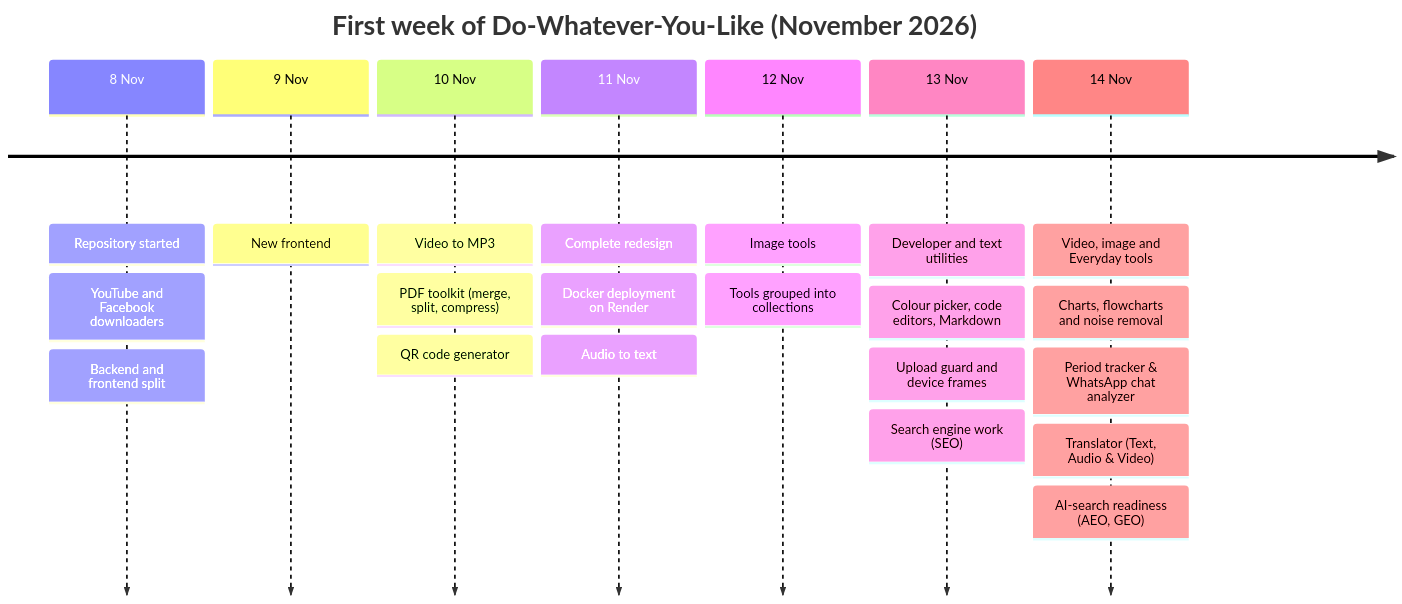
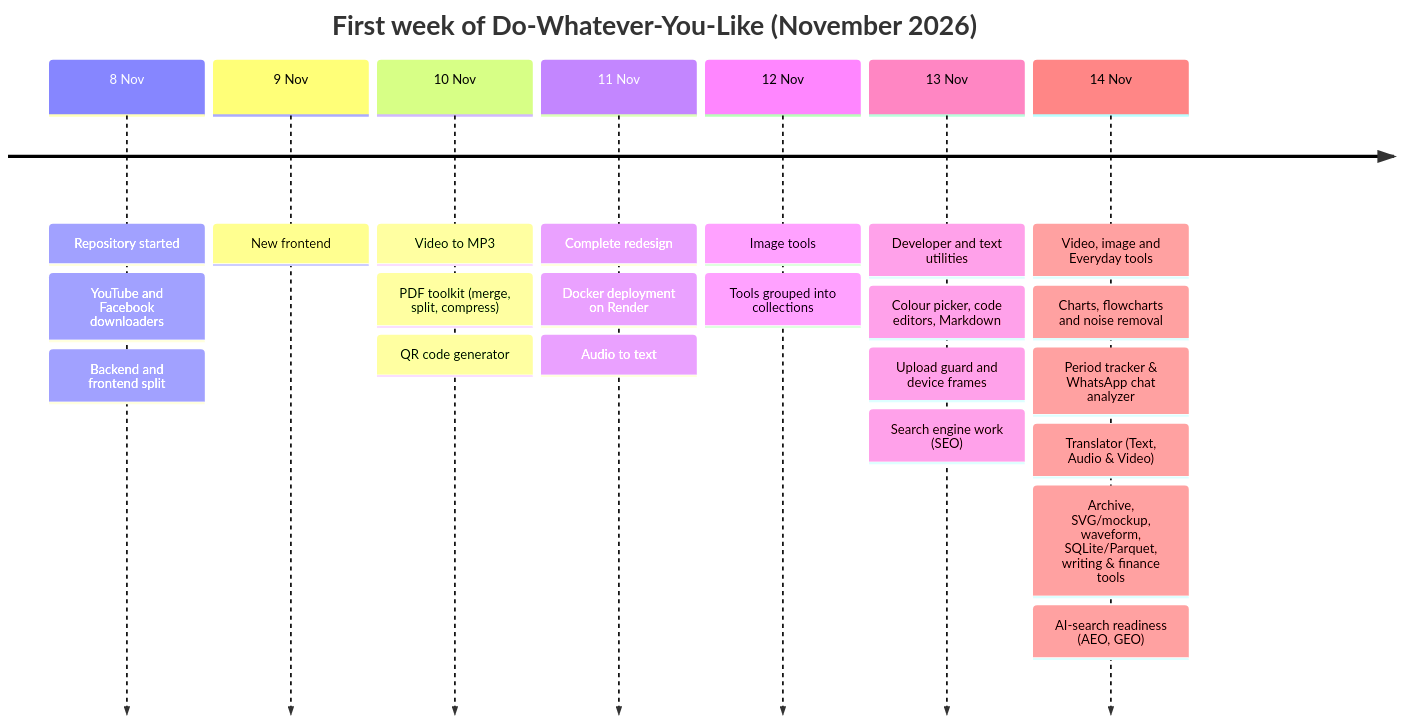
The first of 3 diagrams in README.md (colddsam/do-whatever-you-like), drawn with Mermaid before and after one commit. The commit also changed other lines of this file and 20 other files, not shown here.

````diff
--- a/README.md
+++ b/README.md
@@ -384,25 +403,26 @@
 ```mermaid
 timeline
     title First week of Do-Whatever-You-Like (November 2026)
     8 Nov : Repository started
           : YouTube and Facebook downloaders
           : Backend and frontend split
     9 Nov : New frontend
     10 Nov : Video to MP3
            : PDF toolkit (merge, split, compress)
            : QR code generator
     11 Nov : Complete redesign
            : Docker deployment on Render
            : Audio to text
     12 Nov : Image tools
            : Tools grouped into collections
     13 Nov : Developer and text utilities
            : Colour picker, code editors, Markdown
            : Upload guard and device frames
            : Search engine work (SEO)
     14 Nov : Video, image and Everyday tools
            : Charts, flowcharts and noise removal
            : Period tracker & WhatsApp chat analyzer
            : Translator (Text, Audio & Video)
+           : Archive, SVG/mockup, waveform, SQLite/Parquet, writing & finance tools
            : AI-search readiness (AEO, GEO)
 ```
````
